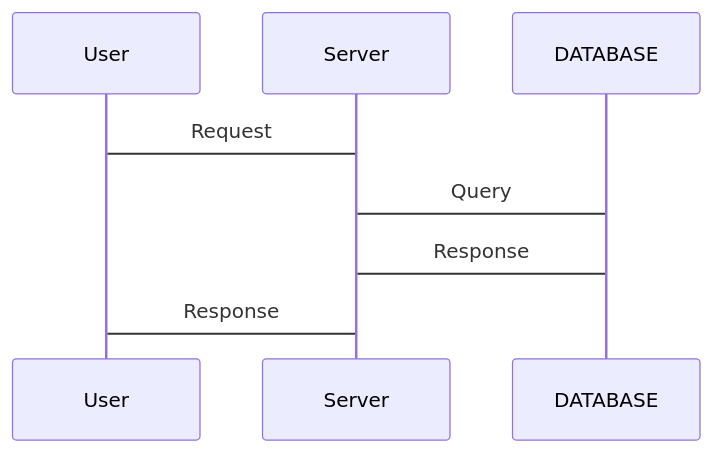
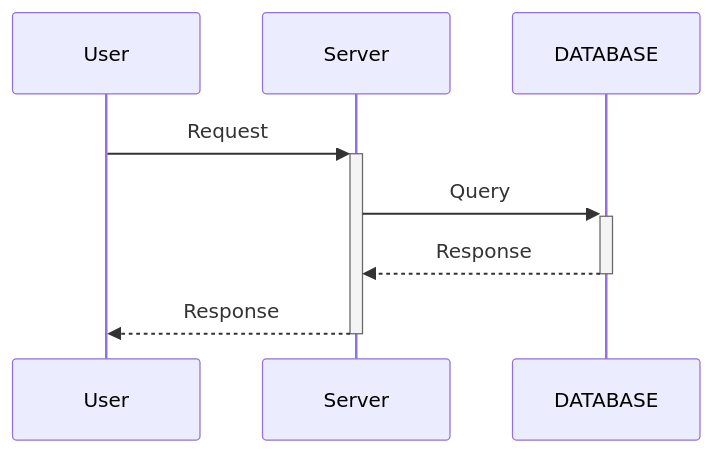
The diagram in examples/SequenceDiagram.mmd (v420v/mrxl), drawn with Mermaid before and after one commit. The commit also changed 3 other files, not shown here.

Commit message:
add: active/deactivate keyword for sequence diagrams

```diff
--- a/examples/SequenceDiagram.mmd
+++ b/examples/SequenceDiagram.mmd
@@ -1,9 +1,9 @@
 sequenceDiagram
   participant User
   participant Server
   participant DATABASE
 
-  User->Server: Request
-  Server->DATABASE: Query
-  DATABASE->Server: Response
-  Server->User: Response
+  User->>+Server: Request
+  Server->>+DATABASE: Query
+  DATABASE-->>-Server: Response
+  Server-->>-User: Response
```
